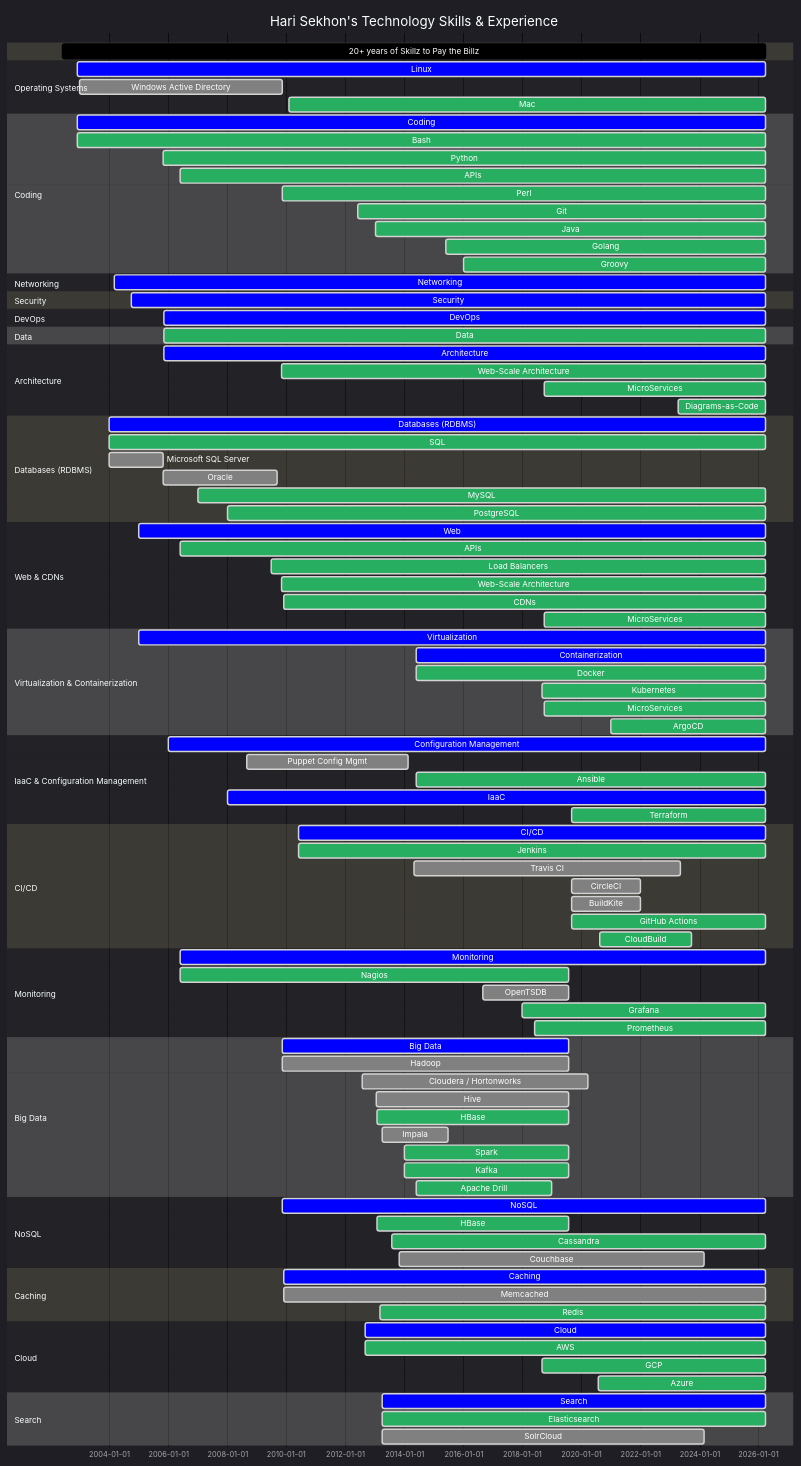
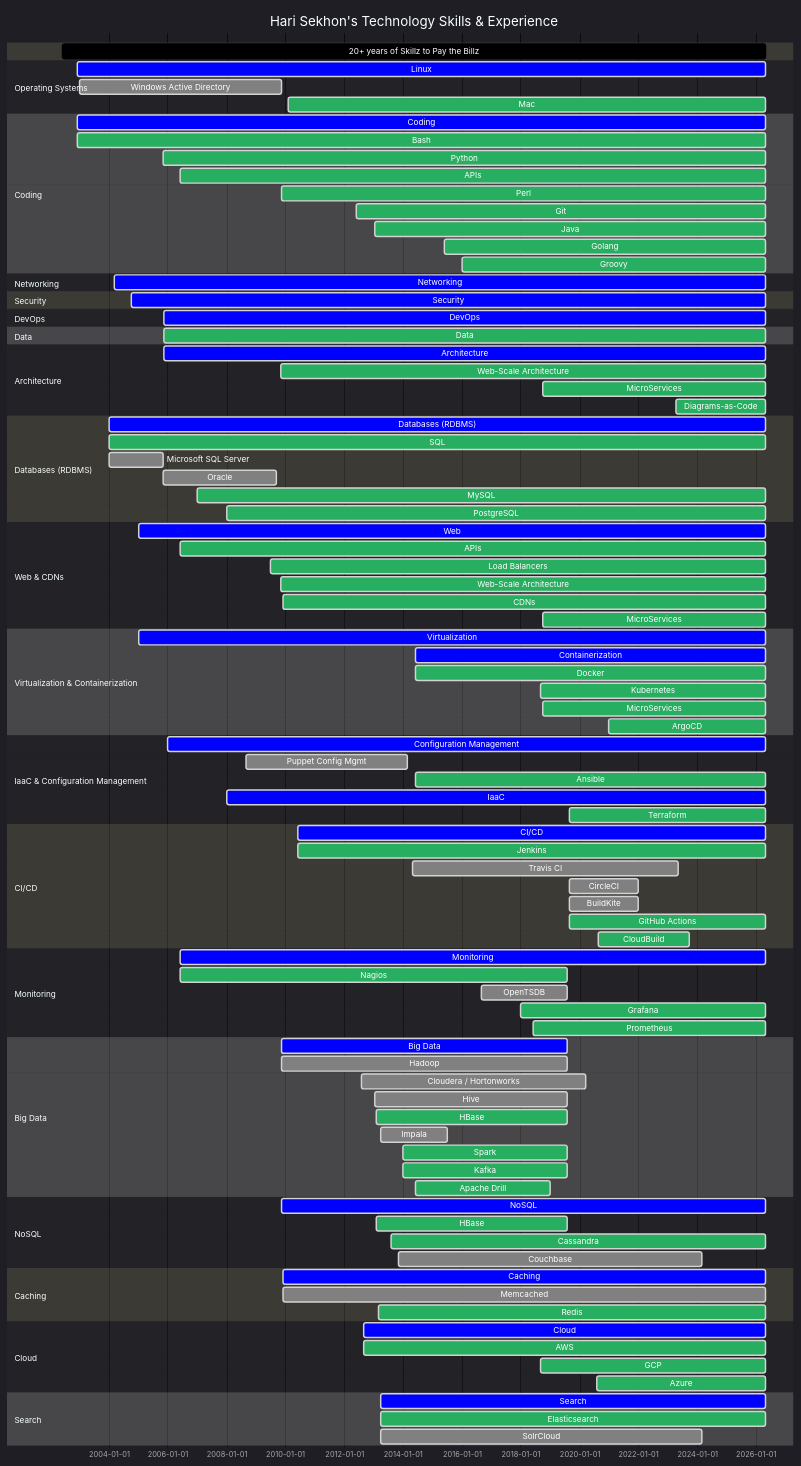
Before and after one commit to HariSekhon/HariSekhon: the second of 2 diagrams in README.md, drawn with Mermaid. The commit also changed other lines of this file, not shown here.

Commit message:
updated profile counters

````diff
--- a/README.md
+++ b/README.md
@@ -1401,129 +1401,129 @@
     title Hari Sekhon's Technology Skills & Experience
     dateFormat  YYYY-MM-DD
 
-    20+ years of Skillz to Pay the Billz : 2002-06-01, 2026-03-30
+    20+ years of Skillz to Pay the Billz : 2002-06-01, 2026-04-30
 
     section Operating Systems
-    Linux                    : crit, 2002-12-01, 2026-03-30
+    Linux                    : crit, 2002-12-01, 2026-04-30
     Windows Active Directory : done, 2003-01-01, 2009-11-10
-    %%Redhat Linux             : active, 2002-12-01, 2026-03-30
-    %%Debian Linux             : active, 2003-01-01, 2026-03-30
+    %%Redhat Linux             : active, 2002-12-01, 2026-04-30
+    %%Debian Linux             : active, 2003-01-01, 2026-04-30
     %%Gentoo Linux             : done, 2004-06-01, 2009-11-10
-    %%Ubuntu Linux             : active, 2006-06-01, 2026-03-30
-    %%Alpine Linux             : done, 2016-01-01, 2026-03-30
-    Mac                      : active, 2010-02-01, 2026-03-30
+    %%Ubuntu Linux             : active, 2006-06-01, 2026-04-30
+    %%Alpine Linux             : done, 2016-01-01, 2026-04-30
+    Mac                      : active, 2010-02-01, 2026-04-30
 
     section Coding
-    Coding                 : crit, 2002-12-01, 2026-03-30
-    Bash                   : active, 2002-12-01, 2026-03-30
-    Python                 : active, 2005-11-01, 2026-03-30
-    APIs                   : active, 2006-06-01, 2026-03-30
+    Coding                 : crit, 2002-12-01, 2026-04-30
+    Bash                   : active, 2002-12-01, 2026-04-30
+    Python                 : active, 2005-11-01, 2026-04-30
+    APIs                   : active, 2006-06-01, 2026-04-30
     %%VBScript               : done, 2005-05-01, 2009-11-01
-    Perl                   : active, 2009-11-13, 2026-03-30
-    Git                    : active, 2012-06-01, 2026-03-30
+    Perl                   : active, 2009-11-13, 2026-04-30
+    Git                    : active, 2012-06-01, 2026-04-30
     %%Ruby                   : done, 2009-11-13, 2013-01-31
-    Java                   : active, 2013-01-13, 2026-03-30
+    Java                   : active, 2013-01-13, 2026-04-30
     %%Jython                 : done, 2013-01-13, 2015-12-31
     %%JRuby                  : done, 2013-03-01, 2013-08-31
     %%Scala                  : done, 2014-01-01, 2015-12-31
-    Golang                 : active, 2015-06-01, 2026-03-30
-    Groovy                 : active, 2016-01-01, 2026-03-30
+    Golang                 : active, 2015-06-01, 2026-04-30
+    Groovy                 : active, 2016-01-01, 2026-04-30
 
     %%section Build Systems
-    %%Make                   : active, 2006-06-01, 2026-03-30
-    %%Maven                  : active, 2013-02-01, 2026-03-30
-    %%SBT                    : active, 2014-01-01, 2026-03-30
-    %%Gradle                 : active, 2014-06-01, 2026-03-30
+    %%Make                   : active, 2006-06-01, 2026-04-30
+    %%Maven                  : active, 2013-02-01, 2026-04-30
+    %%SBT                    : active, 2014-01-01, 2026-04-30
+    %%Gradle                 : active, 2014-06-01, 2026-04-30
 
     %%section Version Control Systems
     %%Subversion             : done, 2005-11-13, 2012-06-01
     %%Mercurial              : done, 2011-06-01, 2013-06-01
-    %%Git                    : active, 2012-06-01, 2026-03-30
-    %%GitHub                 : active, 2012-12-31, 2026-03-30
+    %%Git                    : active, 2012-06-01, 2026-04-30
+    %%GitHub                 : active, 2012-12-31, 2026-04-30
 
     section Networking
-    Networking             : crit, 2004-03-01, 2026-03-30
-    %%VPNs                   : active, 2006-06-01, 2026-03-30
-    %%Cisco - IOS / NX-OS    : done, 2004-03-01, 2026-03-30
+    Networking             : crit, 2004-03-01, 2026-04-30
+    %%VPNs                   : active, 2006-06-01, 2026-04-30
+    %%Cisco - IOS / NX-OS    : done, 2004-03-01, 2026-04-30
     %%Juniper - Netscreen / SSG / SRX / ScreenOS / JunOS : done, 2007-01-01, 2013-01-18
     %%Netgear                : done, 2005-01-01, 2012-12-31
 
     section Load Balancers
 
     section Security
-    Security               : crit, 2004-10-01, 2026-03-30
-    %%Kerberos               : active, 2006-06-01, 2026-03-30
-    %%LDAP                   : active, 2006-06-01, 2026-03-30
+    Security               : crit, 2004-10-01, 2026-04-30
+    %%Kerberos               : active, 2006-06-01, 2026-04-30
+    %%LDAP                   : active, 2006-06-01, 2026-04-30
 
     section DevOps
-    DevOps                   : crit, 2005-11-11, 2026-03-30
+    DevOps                   : crit, 2005-11-11, 2026-04-30
 
     section Data
-    Data                   : active, 2005-11-11, 2026-03-30
-    %%Data Validation        : done, 2006-06-01, 2026-03-30
-    %%Data Science           : done, 2013-01-18, 2026-03-30
+    Data                   : active, 2005-11-11, 2026-04-30
+    %%Data Validation        : done, 2006-06-01, 2026-04-30
+    %%Data Science           : done, 2013-01-18, 2026-04-30
 
     section Architecture
-    Architecture            : crit,   2005-11-11, 2026-03-30
-    Web-Scale Architecture  : active, 2009-11-01, 2026-03-30
-    MicroServices           : active, 2018-10-01, 2026-03-30
-    Diagrams-as-Code        : active, 2023-04-14, 2026-03-30
+    Architecture            : crit,   2005-11-11, 2026-04-30
+    Web-Scale Architecture  : active, 2009-11-01, 2026-04-30
+    MicroServices           : active, 2018-10-01, 2026-04-30
+    Diagrams-as-Code        : active, 2023-04-14, 2026-04-30
 
     section Databases (RDBMS)
-    Databases (RDBMS)      : crit, 2004-01-01, 2026-03-30
-    SQL                    : active, 2004-01-01, 2026-03-30
+    Databases (RDBMS)      : crit, 2004-01-01, 2026-04-30
+    SQL                    : active, 2004-01-01, 2026-04-30
     Microsoft SQL Server   : done, 2004-01-01, 2005-10-31
     Oracle                 : done, 2005-11-01, 2009-09-10
-    MySQL                  : active, 2007-01-01, 2026-03-30
-    PostgreSQL             : active, 2008-01-01, 2026-03-30
+    MySQL                  : active, 2007-01-01, 2026-04-30
+    PostgreSQL             : active, 2008-01-01, 2026-04-30
 
     section Web & CDNs
-    Web                    : crit, 2005-01-01, 2026-03-30
-    APIs                   : active, 2006-06-01, 2026-03-30
+    Web                    : crit, 2005-01-01, 2026-04-30
+    APIs                   : active, 2006-06-01, 2026-04-30
 
-    Load Balancers         : active, 2009-07-01, 2026-03-30
+    Load Balancers         : active, 2009-07-01, 2026-04-30
     %%LVS                    : done, 2009-01-01, 2009-11-11
     %%Foundry - ServerIron XL / 4G : done, 2009-10-13, 2011-11-31
     %%F5 BigIP               : done, 2010-06-01, 2013-01-18
-    %%HAProxy                : active, 2018-04-01, 2026-03-30
-    %%Kong                   : active, 2023-03-01, 2026-03-30
-    %%Traefik                : active, 2023-03-01, 2026-03-30
+    %%HAProxy                : active, 2018-04-01, 2026-04-30
+    %%Kong                   : active, 2023-03-01, 2026-04-30
+    %%Traefik                : active, 2023-03-01, 2026-04-30
 
-    Web-Scale Architecture : active, 2009-11-01, 2026-03-30
-    CDNs                   : active, 2009-12-01, 2026-03-30
+    Web-Scale Architecture : active, 2009-11-01, 2026-04-30
+    CDNs                   : active, 2009-12-01, 2026-04-30
     %%UlraDNS                : done, 2009-11-01, 2012-06-31
     %%Cotendo                : done, 2012-06-01, 2013-01-13
-    %%Cloudflare             : active, 2020-08-20, 2026-03-30
-    MicroServices            : active, 2018-10-01, 2026-03-30
+    %%Cloudflare             : active, 2020-08-20, 2026-04-30
+    MicroServices            : active, 2018-10-01, 2026-04-30
 
     section Virtualization & Containerization
-    Virtualization         : crit, 2005-01-01, 2026-03-30
+    Virtualization         : crit, 2005-01-01, 2026-04-30
     %%VMware ESX, ESXi, VirtualBox : done, 2005-01-01, 2017-02-16
     %%Vagrant                : active, 2013-01-01, 2023-12-31
-    Containerization       : crit, 2014-06-01, 2026-03-30
-    Docker                 : active, 2014-06-01, 2026-03-30
-    Kubernetes             : active, 2018-09-01, 2026-03-30
-    MicroServices          : active, 2018-10-01, 2026-03-30
-    ArgoCD                 : active, 2021-01-01, 2026-03-30
+    Containerization       : crit, 2014-06-01, 2026-04-30
+    Docker                 : active, 2014-06-01, 2026-04-30
+    Kubernetes             : active, 2018-09-01, 2026-04-30
+    MicroServices          : active, 2018-10-01, 2026-04-30
+    ArgoCD                 : active, 2021-01-01, 2026-04-30
 
     section IaaC & Configuration Management
-    Configuration Management :crit, 2006-01-01, 2026-03-30
+    Configuration Management :crit, 2006-01-01, 2026-04-30
     Puppet Config Mgmt     : done, 2008-09-01, 2014-02-18
-    Ansible                : active, 2014-06-01, 2026-03-30
-    IaaC                   :crit, 2008-01-01, 2026-03-30
-    Terraform              :active, 2019-09-01, 2026-03-30
+    Ansible                : active, 2014-06-01, 2026-04-30
+    IaaC                   :crit, 2008-01-01, 2026-04-30
+    Terraform              :active, 2019-09-01, 2026-04-30
     %%Terraform Cloud        : active, 2021-09-01, 2022-09-31
-    %%Kickstart              : active, 2008-01-01, 2026-03-30
-    %%Preseed                : active, 2009-01-01, 2026-03-30
-    %%AutoInstall            : active, 2023-01-01, 2026-03-30
+    %%Kickstart              : active, 2008-01-01, 2026-04-30
+    %%Preseed                : active, 2009-01-01, 2026-04-30
+    %%AutoInstall            : active, 2023-01-01, 2026-04-30
 
     section CI/CD
-    CI/CD                  : crit, 2010-06-01, 2026-03-30
-    Jenkins                : active, 2010-06-01, 2026-03-30
+    CI/CD                  : crit, 2010-06-01, 2026-04-30
+    Jenkins                : active, 2010-06-01, 2026-04-30
     Travis CI              : done, 2014-05-01, 2023-05-08
     CircleCI               : done, 2019-09-01, 2021-12-31
     BuildKite              : done, 2019-09-01, 2021-12-31
-    GitHub Actions         : active, 2019-09-01, 2026-03-30
+    GitHub Actions         : active, 2019-09-01, 2026-04-30
     %%GitLab                 : active, 2019-09-01, 2022-12-31
     %%Azure DevOps           : done, 2019-09-01, 2022-12-31
     %%Bitbucket              : done, 2019-09-01, 2022-12-31
@@ -1532,11 +1532,11 @@
     CloudBuild             : active, 2020-08-20, 2023-09-30
 
     section Monitoring
-    Monitoring             : crit, 2006-06-01, 2026-03-30
+    Monitoring             : crit, 2006-06-01, 2026-04-30
     Nagios                 : active, 2006-06-01, 2019-07-31
     OpenTSDB               : done, 2016-09-01, 2019-07-31
-    Grafana                : active, 2018-01-01, 2026-03-30
-    Prometheus             : active, 2018-06-01, 2026-03-30
+    Grafana                : active, 2018-01-01, 2026-04-30
+    Prometheus             : active, 2018-06-01, 2026-04-30
     %%Pingdom                : done, 2020-08-20, 2023-09-17
     %%Datadog                : done, 2022-08-20, 2023-09-17
 
@@ -1554,28 +1554,28 @@
     Apache Drill           : active, 2014-06-01, 2018-12-31
 
     section NoSQL
-    NoSQL                  : crit, 2009-11-13, 2026-03-30
+    NoSQL                  : crit, 2009-11-13, 2026-04-30
     HBase                  : active, 2013-02-01, 2019-07-31
     %%MongoDB                : done, 2013-06-01, 2013-12-31
-    Cassandra              : active, 2013-08-01, 2026-03-30
+    Cassandra              : active, 2013-08-01, 2026-04-30
     Couchbase              : done, 2013-11-01, 2024-03-01
 
     section Caching
-    Caching                : crit, 2009-11-31, 2026-03-30
-    Memcached              : done, 2009-11-31, 2026-03-30
-    Redis                  : active, 2013-03-01, 2026-03-30
+    Caching                : crit, 2009-11-31, 2026-04-30
+    Memcached              : done, 2009-11-31, 2026-04-30
+    Redis                  : active, 2013-03-01, 2026-04-30
 
     section Cloud
-    Cloud            : crit, 2012-09-01, 2026-03-30
-    AWS              : active, 2012-09-01, 2026-03-30
-    GCP              : active, 2018-09-01, 2026-03-30
-    Azure            : active, 2020-08-01, 2026-03-30
+    Cloud            : crit, 2012-09-01, 2026-04-30
+    AWS              : active, 2012-09-01, 2026-04-30
+    GCP              : active, 2018-09-01, 2026-04-30
+    Azure            : active, 2020-08-01, 2026-04-30
 
     section Search
-    Search                 : crit, 2013-03-31, 2026-03-30
-    Elasticsearch          : active, 2013-03-31, 2026-03-30
-    %%LogStash               : done, 2013-03-31, 2026-03-30
-    %%Fluentd                : crit, 2018-03-31, 2026-03-30
-    %%Kibana                 : crit, 2013-03-31, 2026-03-30
+    Search                 : crit, 2013-03-31, 2026-04-30
+    Elasticsearch          : active, 2013-03-31, 2026-04-30
+    %%LogStash               : done, 2013-03-31, 2026-04-30
+    %%Fluentd                : crit, 2018-03-31, 2026-04-30
+    %%Kibana                 : crit, 2013-03-31, 2026-04-30
     SolrCloud              : done, 2013-04-01, 2024-03-01
 ```
````
